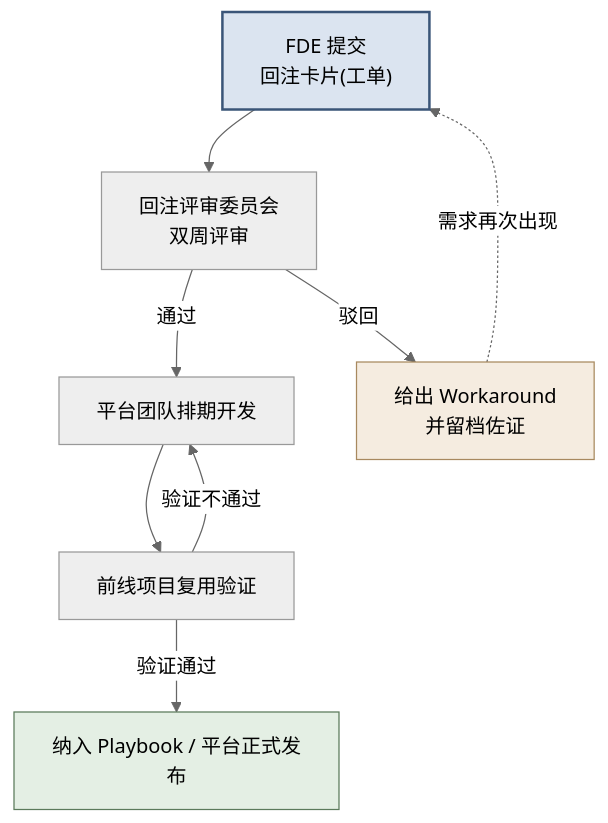
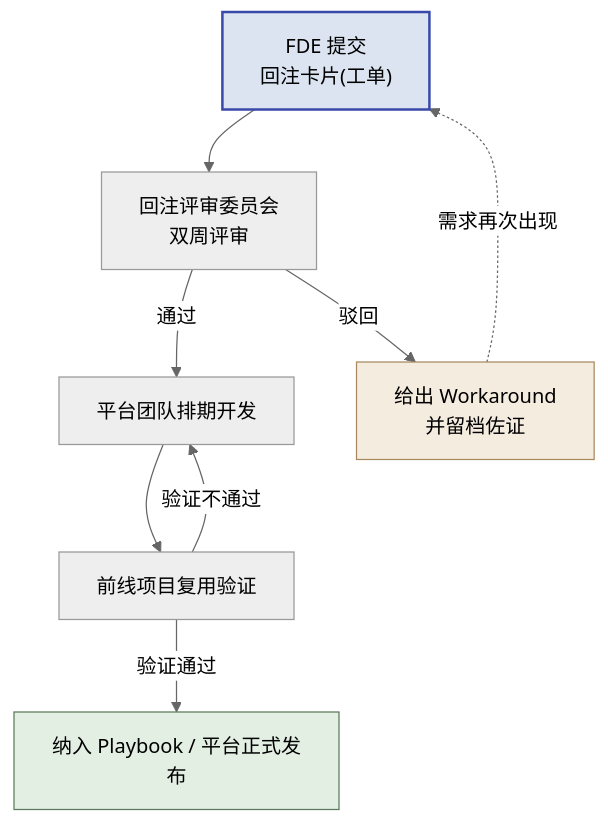
One commit to cloudzun/fde-course changed the fourth of 4 diagrams in textbook/第09章_能力回注方法论.md. Above: the diagram before and after it, drawn with Mermaid (neutral theme). The commit also changed other lines of this file and 12 other files, not shown here.

Commit message:
style: 全库21张mermaid图规范化——节点ID语义化+品牌色统一+补齐图注，第11章新增反馈环路图

````diff
--- a/textbook/第09章_能力回注方法论.md
+++ b/textbook/第09章_能力回注方法论.md
@@ -154,14 +154,14 @@
 ```mermaid
 graph TD
-    A["FDE 提交<br/>回注卡片(工单)"] --> B["回注评审委员会<br/>双周评审"]
-    B -->|通过| C["平台团队排期开发"]
-    B -->|驳回| E["给出 Workaround<br/>并留档佐证"]
-    C --> D["前线项目复用验证"]
-    D -->|验证通过| F["纳入 Playbook / 平台正式发布"]
-    D -->|验证不通过| C
-    E -.->|需求再次出现| A
+    submit["FDE 提交<br/>回注卡片(工单)"] --> review["回注评审委员会<br/>双周评审"]
+    review -->|通过| dev["平台团队排期开发"]
+    review -->|驳回| workaround["给出 Workaround<br/>并留档佐证"]
+    dev --> verify["前线项目复用验证"]
+    verify -->|验证通过| pub["纳入 Playbook / 平台正式发布"]
+    verify -->|验证不通过| dev
+    workaround -.->|需求再次出现| submit
 
-    style A fill:#dbe4f0,stroke:#3a5578,stroke-width:2px
-    style E fill:#f5ece0,stroke:#a8895f
-    style F fill:#e4efe4,stroke:#5b7a5b
+    style submit fill:#dbe4f0,stroke:#3949ab,stroke-width:2px
+    style workaround fill:#f5ece0,stroke:#a8895f
+    style pub fill:#e4efe4,stroke:#5b7a5b
 ```
````
